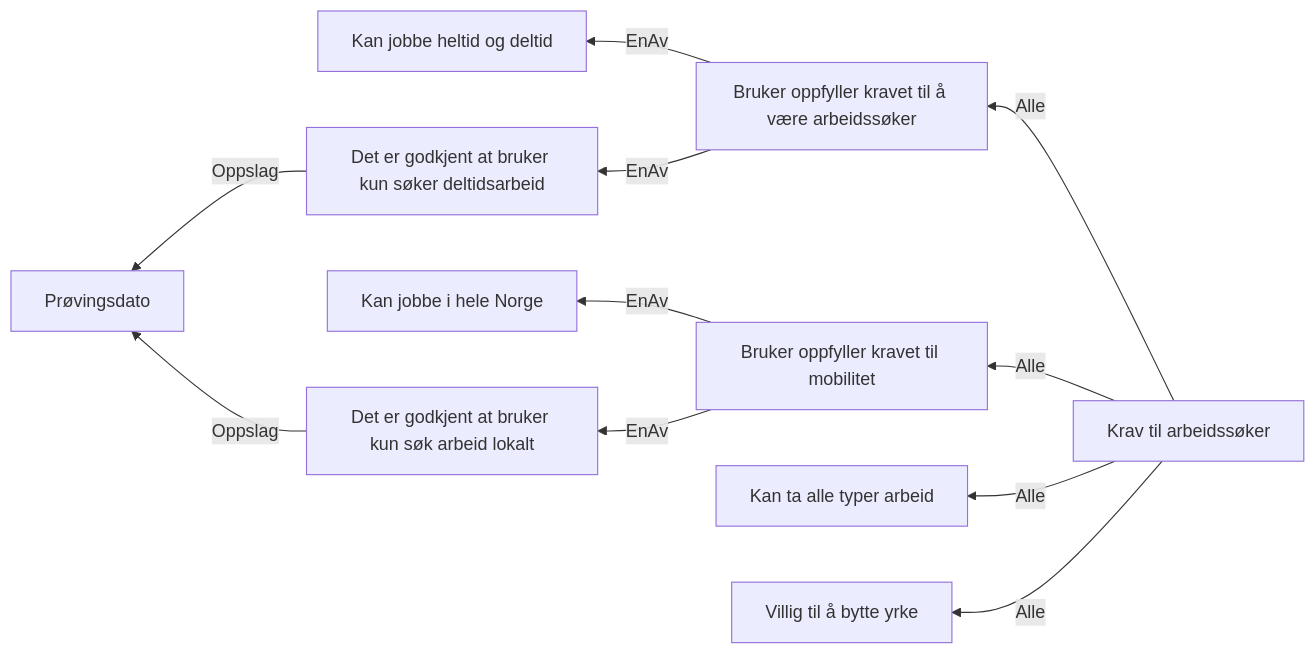
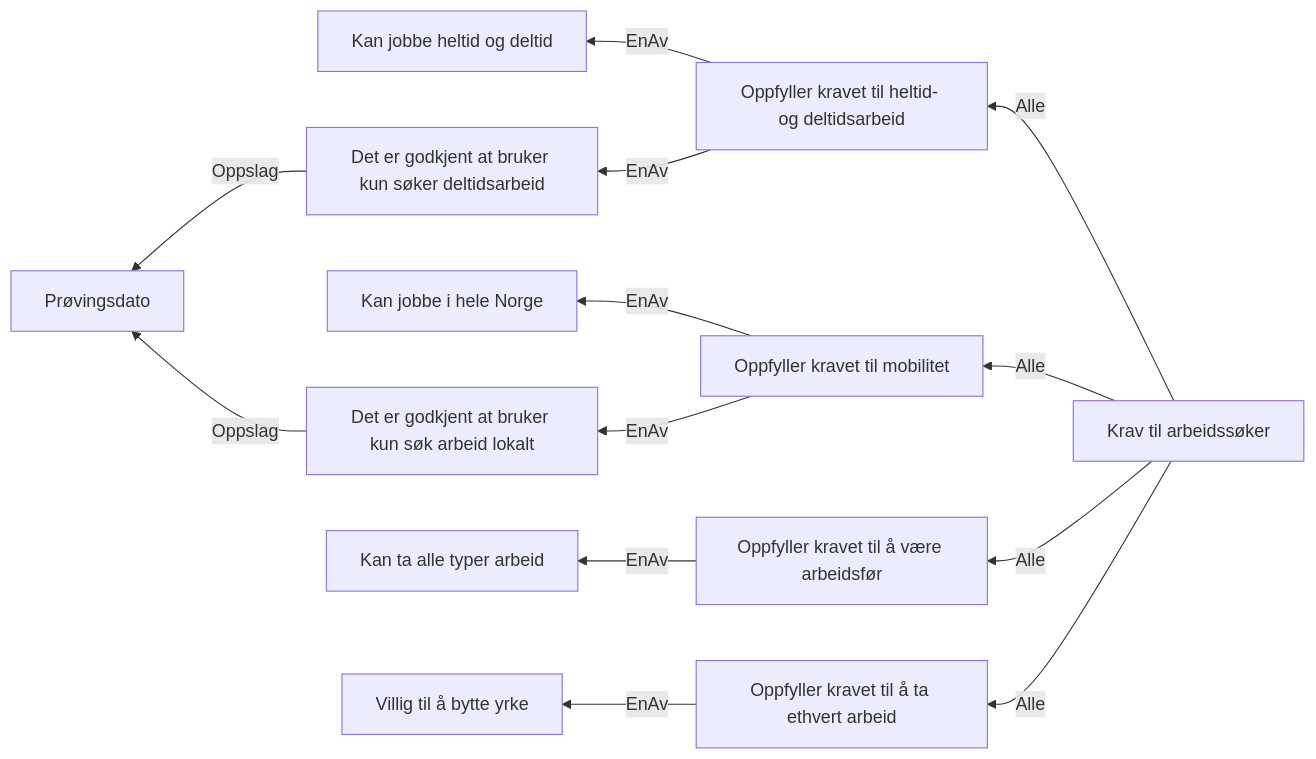
One commit to navikt/dp-vedtak changed the diagram in docs/regler/§ 4-5. Reelle arbeidssøkere.approved.md. Above: the diagram before and after it, drawn with Mermaid. The commit also changed 12 other files, not shown here.

````diff
--- a/docs/regler/§ 4-5. Reelle arbeidssøkere.approved.md
+++ b/docs/regler/§ 4-5. Reelle arbeidssøkere.approved.md
@@ -5,13 +5,15 @@
 ```mermaid
 graph RL
-  A["Det er godkjent at bruker kun søk arbeid lokalt"] -->|"Oppslag"| B["Prøvingsdato"]
-  C["Det er godkjent at bruker kun søker deltidsarbeid"] -->|"Oppslag"| B["Prøvingsdato"]
-  D["Bruker oppfyller kravet til mobilitet"] -->|"EnAv"| E["Kan jobbe i hele Norge"]
-  D["Bruker oppfyller kravet til mobilitet"] -->|"EnAv"| A["Det er godkjent at bruker kun søk arbeid lokalt"]
-  F["Bruker oppfyller kravet til å være arbeidssøker"] -->|"EnAv"| G["Kan jobbe heltid og deltid"]
-  F["Bruker oppfyller kravet til å være arbeidssøker"] -->|"EnAv"| C["Det er godkjent at bruker kun søker deltidsarbeid"]
-  H["Krav til arbeidssøker"] -->|"Alle"| F["Bruker oppfyller kravet til å være arbeidssøker"]
-  H["Krav til arbeidssøker"] -->|"Alle"| D["Bruker oppfyller kravet til mobilitet"]
-  H["Krav til arbeidssøker"] -->|"Alle"| I["Kan ta alle typer arbeid"]
-  H["Krav til arbeidssøker"] -->|"Alle"| J["Villig til å bytte yrke"]
+  A["Det er godkjent at bruker kun søker deltidsarbeid"] -->|"Oppslag"| B["Prøvingsdato"]
+  C["Det er godkjent at bruker kun søk arbeid lokalt"] -->|"Oppslag"| B["Prøvingsdato"]
+  D["Oppfyller kravet til heltid- og deltidsarbeid"] -->|"EnAv"| E["Kan jobbe heltid og deltid"]
+  D["Oppfyller kravet til heltid- og deltidsarbeid"] -->|"EnAv"| A["Det er godkjent at bruker kun søker deltidsarbeid"]
+  F["Oppfyller kravet til mobilitet"] -->|"EnAv"| G["Kan jobbe i hele Norge"]
+  F["Oppfyller kravet til mobilitet"] -->|"EnAv"| C["Det er godkjent at bruker kun søk arbeid lokalt"]
+  H["Oppfyller kravet til å være arbeidsfør"] -->|"EnAv"| I["Kan ta alle typer arbeid"]
+  J["Oppfyller kravet til å ta ethvert arbeid"] -->|"EnAv"| K["Villig til å bytte yrke"]
+  L["Krav til arbeidssøker"] -->|"Alle"| D["Oppfyller kravet til heltid- og deltidsarbeid"]
+  L["Krav til arbeidssøker"] -->|"Alle"| F["Oppfyller kravet til mobilitet"]
+  L["Krav til arbeidssøker"] -->|"Alle"| H["Oppfyller kravet til å være arbeidsfør"]
+  L["Krav til arbeidssøker"] -->|"Alle"| J["Oppfyller kravet til å ta ethvert arbeid"]
 ```
````
